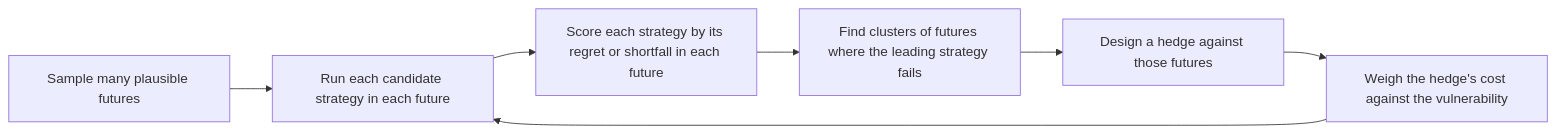
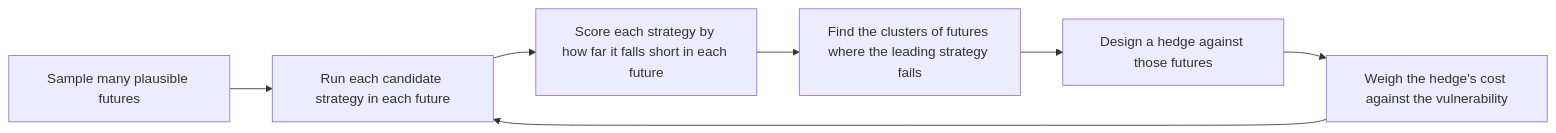
The diagram in content/Phase II/Wiki/Collections/Supplementary Research Papers/2006 Robust Strategies and Narrative Scenarios.md (bonding-curves/avalanche-phase-ii-research), drawn with Mermaid before and after one commit. The commit also changed other lines of this file and 27 other files, not shown here.

````diff
--- a/content/Phase II/Wiki/Collections/Supplementary Research Papers/2006 Robust Strategies and Narrative Scenarios.md
+++ b/content/Phase II/Wiki/Collections/Supplementary Research Papers/2006 Robust Strategies and Narrative Scenarios.md
@@ -16,9 +16,9 @@
 ```mermaid
 flowchart LR
   F["Sample many plausible futures"] --> C["Run each candidate strategy in each future"]
-  C --> R["Score each strategy by its regret or shortfall in each future"]
-  R --> V["Find clusters of futures where the leading strategy fails"]
+  C --> R["Score each strategy by how far it falls short in each future"]
+  R --> V["Find the clusters of futures where the leading strategy fails"]
   V --> H["Design a hedge against those futures"]
   H --> T["Weigh the hedge's cost against the vulnerability"]
   T --> C
 ```
````
